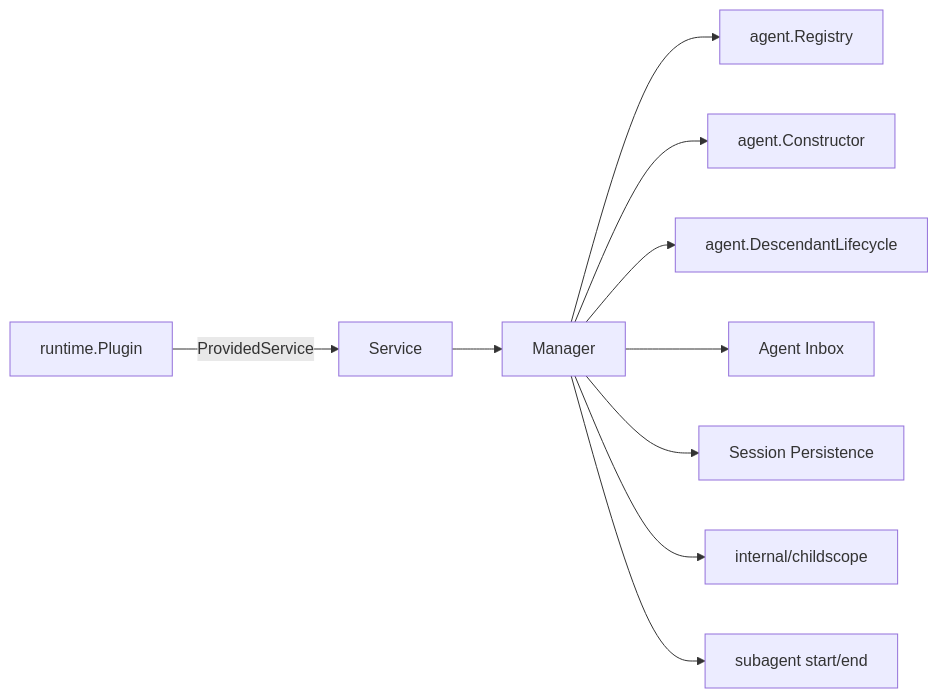
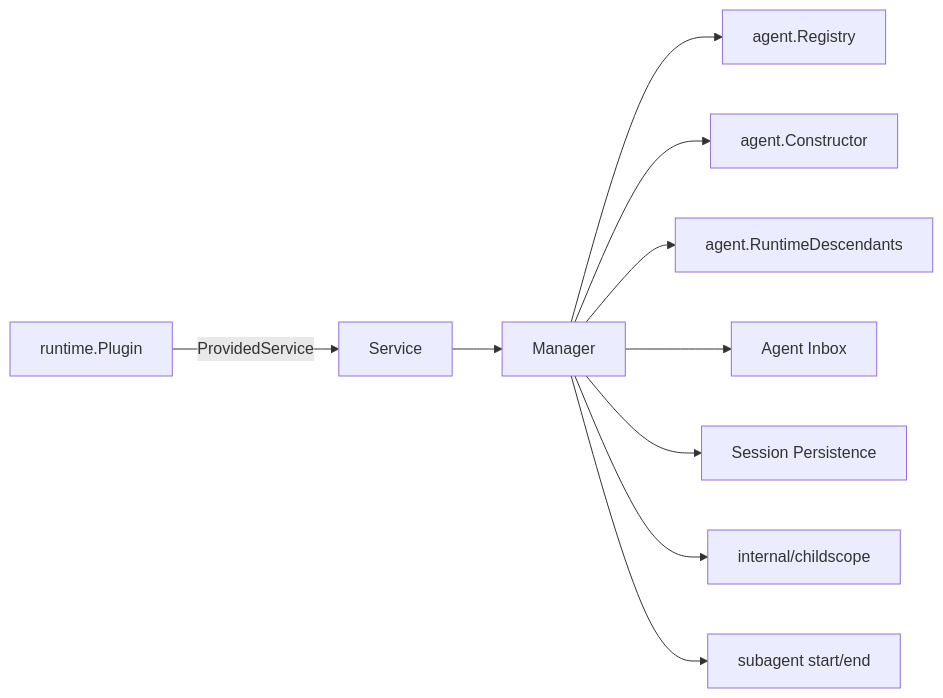
The diagram in subagent/internal/continuation/README.zh-CN.md (gorenx/goren), drawn with Mermaid before and after one commit. The commit also changed other lines of this file and 14 other files, not shown here.

Commit message:
docs(agent): finalize lifecycle refactor design

````diff
--- a/subagent/internal/continuation/README.zh-CN.md
+++ b/subagent/internal/continuation/README.zh-CN.md
@@ -21,12 +22,12 @@
 ```mermaid
 flowchart LR
     Plugin[runtime.Plugin] -->|ProvidedService| Service
     Service --> Manager
     Manager --> AgentRegistry[agent.Registry]
     Manager --> Constructor[agent.Constructor]
-    Manager --> Descendants[agent.DescendantLifecycle]
+    Manager --> Descendants[agent.RuntimeDescendants]
     Manager --> Inbox[Agent Inbox]
     Manager --> Persistence[Session Persistence]
     Manager --> ScopeBuilder[internal/childscope]
     Manager --> Lifecycle[subagent start/end]
 ```
````
